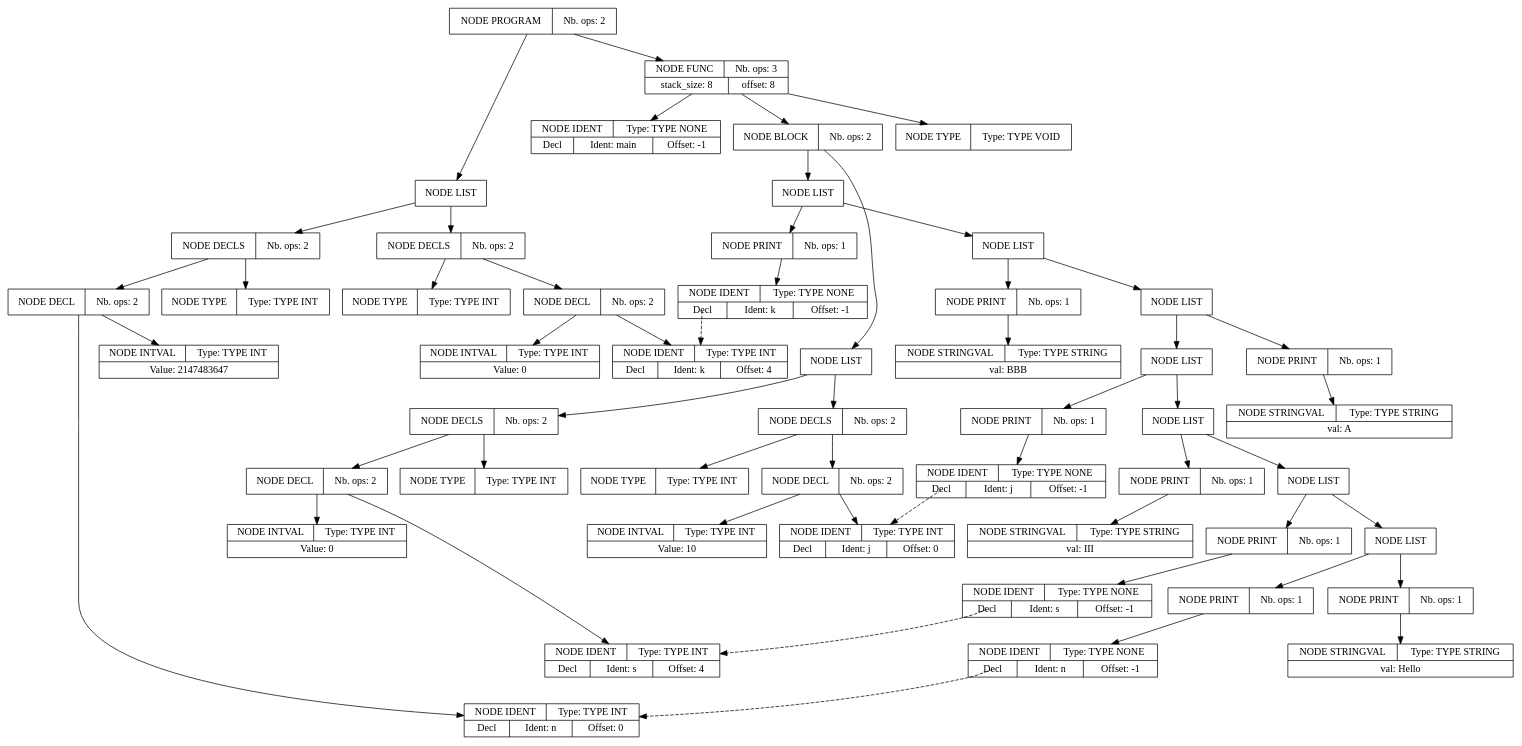
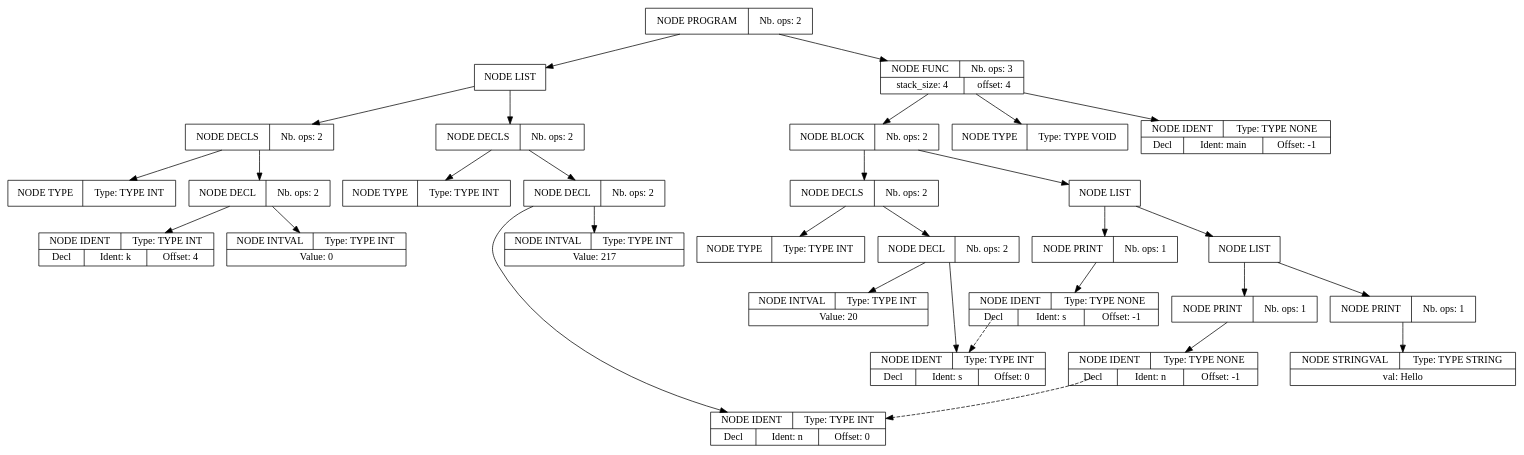
One commit to Serial-DeV/Compilation changed the diagram in projet_compilation_src/tools/apres_passe_1.dot. Above: the diagram before and after it, drawn with Graphviz. The commit also changed 17 other files, not shown here.

```diff
--- a/projet_compilation_src/tools/apres_passe_1.dot
+++ b/projet_compilation_src/tools/apres_passe_1.dot
@@ -1,158 +1,91 @@
 digraph global_vars {
     N1 [shape=record, label="{{NODE PROGRAM|Nb. ops: 2}}"];
     N2 [shape=record, label="{{NODE LIST}}"];
     N3 [shape=record, label="{{NODE DECLS|Nb. ops: 2}}"];
     N4 [shape=record, label="{{NODE TYPE|Type: TYPE INT}}"];
     edge[tailclip=true];
     N3 -> N4
     N5 [shape=record, label="{{NODE DECL|Nb. ops: 2}}"];
     N6 [shape=record, label="{{NODE IDENT|Type: TYPE INT}|{<decl>Decl      |Ident: n|Offset: 0}}"];
     edge[tailclip=true];
     N5 -> N6
-    N7 [shape=record, label="{{NODE INTVAL|Type: TYPE INT}|{Value: 2147483647}}"];
+    N7 [shape=record, label="{{NODE INTVAL|Type: TYPE INT}|{Value: 217}}"];
     edge[tailclip=true];
     N5 -> N7
     edge[tailclip=true];
     N3 -> N5
     edge[tailclip=true];
     N2 -> N3
     N8 [shape=record, label="{{NODE DECLS|Nb. ops: 2}}"];
     N9 [shape=record, label="{{NODE TYPE|Type: TYPE INT}}"];
     edge[tailclip=true];
     N8 -> N9
     N10 [shape=record, label="{{NODE DECL|Nb. ops: 2}}"];
     N11 [shape=record, label="{{NODE IDENT|Type: TYPE INT}|{<decl>Decl      |Ident: k|Offset: 4}}"];
     edge[tailclip=true];
     N10 -> N11
     N12 [shape=record, label="{{NODE INTVAL|Type: TYPE INT}|{Value: 0}}"];
     edge[tailclip=true];
     N10 -> N12
     edge[tailclip=true];
     N8 -> N10
     edge[tailclip=true];
     N2 -> N8
     edge[tailclip=true];
     N1 -> N2
-    N13 [shape=record, label="{{NODE FUNC|Nb. ops: 3}|{stack_size: 8|offset: 8}}"];
+    N13 [shape=record, label="{{NODE FUNC|Nb. ops: 3}|{stack_size: 4|offset: 4}}"];
     N14 [shape=record, label="{{NODE TYPE|Type: TYPE VOID}}"];
     edge[tailclip=true];
     N13 -> N14
     N15 [shape=record, label="{{NODE IDENT|Type: TYPE NONE}|{<decl>Decl      |Ident: main|Offset: -1}}"];
     edge[tailclip=true];
     N13 -> N15
     N16 [shape=record, label="{{NODE BLOCK|Nb. ops: 2}}"];
-    N17 [shape=record, label="{{NODE LIST}}"];
-    N18 [shape=record, label="{{NODE DECLS|Nb. ops: 2}}"];
-    N19 [shape=record, label="{{NODE TYPE|Type: TYPE INT}}"];
-    edge[tailclip=true];
-    N18 -> N19
-    N20 [shape=record, label="{{NODE DECL|Nb. ops: 2}}"];
-    N21 [shape=record, label="{{NODE IDENT|Type: TYPE INT}|{<decl>Decl      |Ident: j|Offset: 0}}"];
-    edge[tailclip=true];
-    N20 -> N21
-    N22 [shape=record, label="{{NODE INTVAL|Type: TYPE INT}|{Value: 10}}"];
-    edge[tailclip=true];
-    N20 -> N22
-    edge[tailclip=true];
-    N18 -> N20
+    N17 [shape=record, label="{{NODE DECLS|Nb. ops: 2}}"];
+    N18 [shape=record, label="{{NODE TYPE|Type: TYPE INT}}"];
     edge[tailclip=true];
     N17 -> N18
-    N23 [shape=record, label="{{NODE DECLS|Nb. ops: 2}}"];
-    N24 [shape=record, label="{{NODE TYPE|Type: TYPE INT}}"];
+    N19 [shape=record, label="{{NODE DECL|Nb. ops: 2}}"];
+    N20 [shape=record, label="{{NODE IDENT|Type: TYPE INT}|{<decl>Decl      |Ident: s|Offset: 0}}"];
+    edge[tailclip=true];
+    N19 -> N20
+    N21 [shape=record, label="{{NODE INTVAL|Type: TYPE INT}|{Value: 20}}"];
+    edge[tailclip=true];
+    N19 -> N21
+    edge[tailclip=true];
+    N17 -> N19
+    edge[tailclip=true];
+    N16 -> N17
+    N22 [shape=record, label="{{NODE LIST}}"];
+    N23 [shape=record, label="{{NODE LIST}}"];
+    N24 [shape=record, label="{{NODE PRINT|Nb. ops: 1}}"];
+    N25 [shape=record, label="{{NODE IDENT|Type: TYPE NONE}|{<decl>Decl      |Ident: n|Offset: -1}}"];
+    edge[tailclip=false];
+    "N25":decl:c -> "N6" [style=dashed]
+    edge[tailclip=true];
+    N24 -> N25
     edge[tailclip=true];
     N23 -> N24
-    N25 [shape=record, label="{{NODE DECL|Nb. ops: 2}}"];
-    N26 [shape=record, label="{{NODE IDENT|Type: TYPE INT}|{<decl>Decl      |Ident: s|Offset: 4}}"];
+    N26 [shape=record, label="{{NODE PRINT|Nb. ops: 1}}"];
+    N27 [shape=record, label="{{NODE STRINGVAL|Type: TYPE STRING}|{val: Hello\n}}"];
     edge[tailclip=true];
-    N25 -> N26
-    N27 [shape=record, label="{{NODE INTVAL|Type: TYPE INT}|{Value: 0}}"];
+    N26 -> N27
     edge[tailclip=true];
-    N25 -> N27
+    N23 -> N26
     edge[tailclip=true];
-    N23 -> N25
-    edge[tailclip=true];
-    N17 -> N23
-    edge[tailclip=true];
-    N16 -> N17
-    N28 [shape=record, label="{{NODE LIST}}"];
-    N29 [shape=record, label="{{NODE LIST}}"];
-    N30 [shape=record, label="{{NODE LIST}}"];
-    N31 [shape=record, label="{{NODE LIST}}"];
-    N32 [shape=record, label="{{NODE LIST}}"];
-    N33 [shape=record, label="{{NODE LIST}}"];
-    N34 [shape=record, label="{{NODE LIST}}"];
-    N35 [shape=record, label="{{NODE PRINT|Nb. ops: 1}}"];
-    N36 [shape=record, label="{{NODE IDENT|Type: TYPE NONE}|{<decl>Decl      |Ident: n|Offset: -1}}"];
+    N22 -> N23
+    N28 [shape=record, label="{{NODE PRINT|Nb. ops: 1}}"];
+    N29 [shape=record, label="{{NODE IDENT|Type: TYPE NONE}|{<decl>Decl      |Ident: s|Offset: -1}}"];
     edge[tailclip=false];
-    "N36":decl:c -> "N6" [style=dashed]
-    edge[tailclip=true];
-    N35 -> N36
-    edge[tailclip=true];
-    N34 -> N35
-    N37 [shape=record, label="{{NODE PRINT|Nb. ops: 1}}"];
-    N38 [shape=record, label="{{NODE STRINGVAL|Type: TYPE STRING}|{val: Hello\n}}"];
-    edge[tailclip=true];
-    N37 -> N38
-    edge[tailclip=true];
-    N34 -> N37
-    edge[tailclip=true];
-    N33 -> N34
-    N39 [shape=record, label="{{NODE PRINT|Nb. ops: 1}}"];
-    N40 [shape=record, label="{{NODE IDENT|Type: TYPE NONE}|{<decl>Decl      |Ident: s|Offset: -1}}"];
-    edge[tailclip=false];
-    "N40":decl:c -> "N26" [style=dashed]
-    edge[tailclip=true];
-    N39 -> N40
-    edge[tailclip=true];
-    N33 -> N39
-    edge[tailclip=true];
-    N32 -> N33
-    N41 [shape=record, label="{{NODE PRINT|Nb. ops: 1}}"];
-    N42 [shape=record, label="{{NODE STRINGVAL|Type: TYPE STRING}|{val: III\n}}"];
-    edge[tailclip=true];
-    N41 -> N42
-    edge[tailclip=true];
-    N32 -> N41
-    edge[tailclip=true];
-    N31 -> N32
-    N43 [shape=record, label="{{NODE PRINT|Nb. ops: 1}}"];
-    N44 [shape=record, label="{{NODE IDENT|Type: TYPE NONE}|{<decl>Decl      |Ident: j|Offset: -1}}"];
-    edge[tailclip=false];
-    "N44":decl:c -> "N21" [style=dashed]
-    edge[tailclip=true];
-    N43 -> N44
-    edge[tailclip=true];
-    N31 -> N43
-    edge[tailclip=true];
-    N30 -> N31
-    N45 [shape=record, label="{{NODE PRINT|Nb. ops: 1}}"];
-    N46 [shape=record, label="{{NODE STRINGVAL|Type: TYPE STRING}|{val: A\n}}"];
-    edge[tailclip=true];
-    N45 -> N46
-    edge[tailclip=true];
-    N30 -> N45
-    edge[tailclip=true];
-    N29 -> N30
-    N47 [shape=record, label="{{NODE PRINT|Nb. ops: 1}}"];
-    N48 [shape=record, label="{{NODE STRINGVAL|Type: TYPE STRING}|{val: BBB}}"];
-    edge[tailclip=true];
-    N47 -> N48
-    edge[tailclip=true];
-    N29 -> N47
+    "N29":decl:c -> "N20" [style=dashed]
     edge[tailclip=true];
     N28 -> N29
-    N49 [shape=record, label="{{NODE PRINT|Nb. ops: 1}}"];
-    N50 [shape=record, label="{{NODE IDENT|Type: TYPE NONE}|{<decl>Decl      |Ident: k|Offset: -1}}"];
-    edge[tailclip=false];
-    "N50":decl:c -> "N11" [style=dashed]
     edge[tailclip=true];
-    N49 -> N50
+    N22 -> N28
     edge[tailclip=true];
-    N28 -> N49
-    edge[tailclip=true];
-    N16 -> N28
+    N16 -> N22
     edge[tailclip=true];
     N13 -> N16
     edge[tailclip=true];
     N1 -> N13
 }
```
